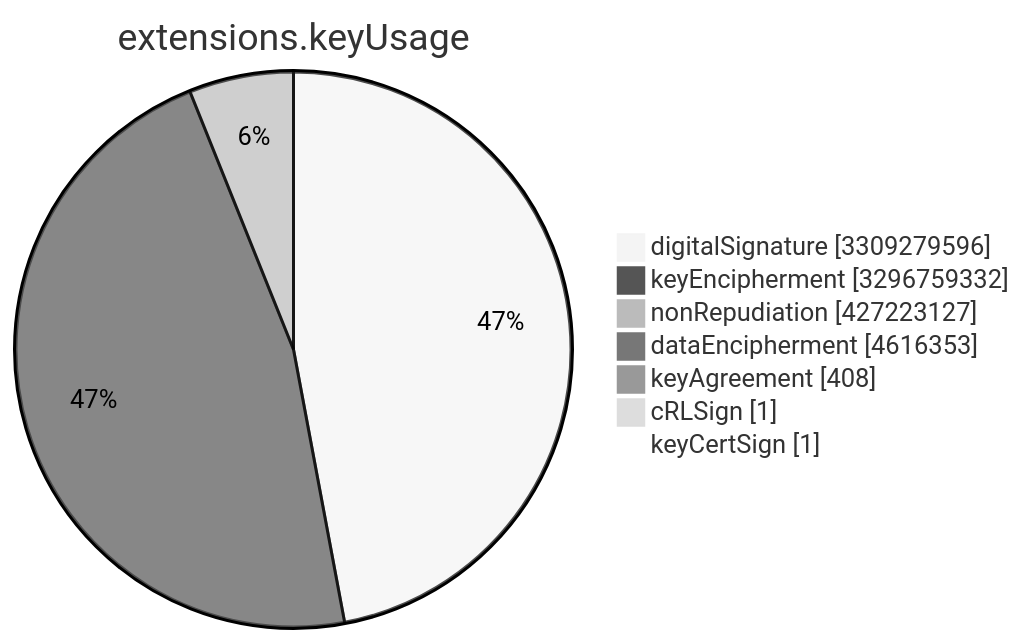
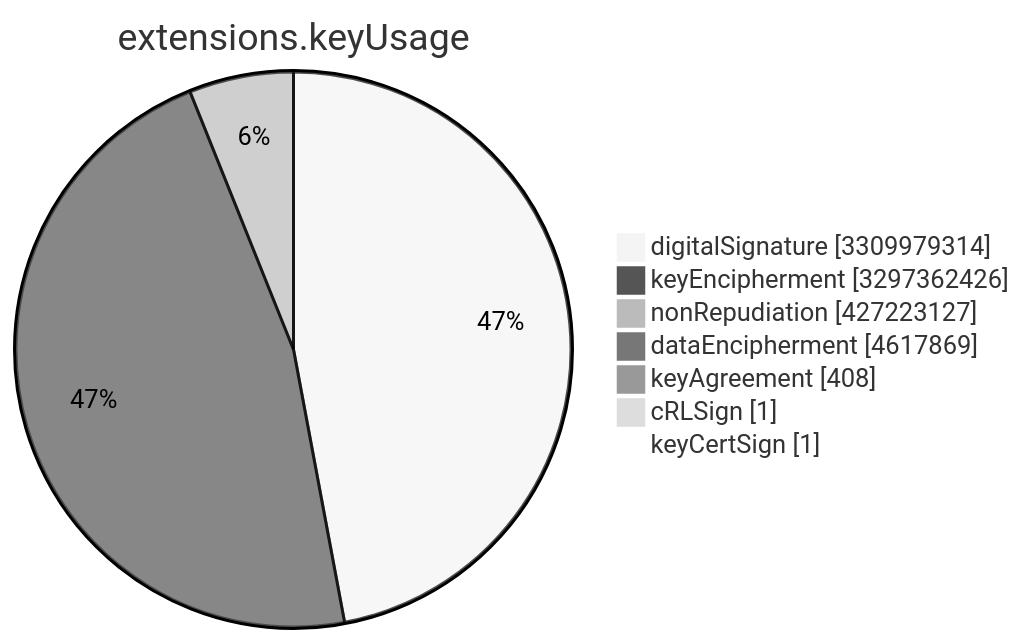
One commit to christiankrug/ctmonitor_visualization changed the sixth of 15 diagrams in TOTAL/README.md. Above: the diagram before and after it, drawn with Mermaid (neutral theme). The commit also changed other lines of this file, not shown here.

````diff
--- a/TOTAL/README.md
+++ b/TOTAL/README.md
@@ -3078,11 +3078,11 @@
 ```mermaid
 pie showData
 title extensions.keyUsage
-"digitalSignature" :3309279596
-"keyEncipherment" :3296759332
+"digitalSignature" :3309979314
+"keyEncipherment" :3297362426
 "nonRepudiation" :427223127
-"dataEncipherment" :4616353
+"dataEncipherment" :4617869
 "keyAgreement" :408
 "cRLSign" :1
 "keyCertSign" :1
 ```
````
